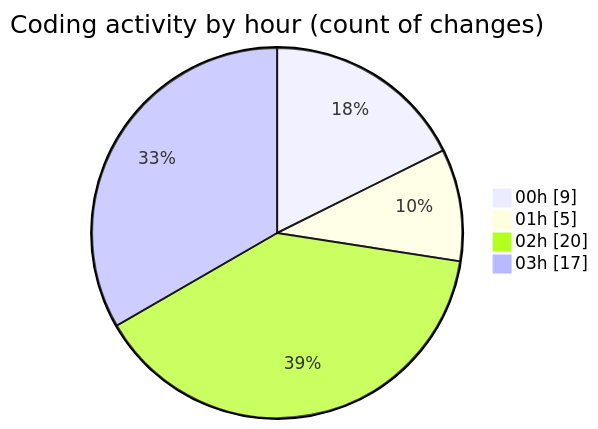
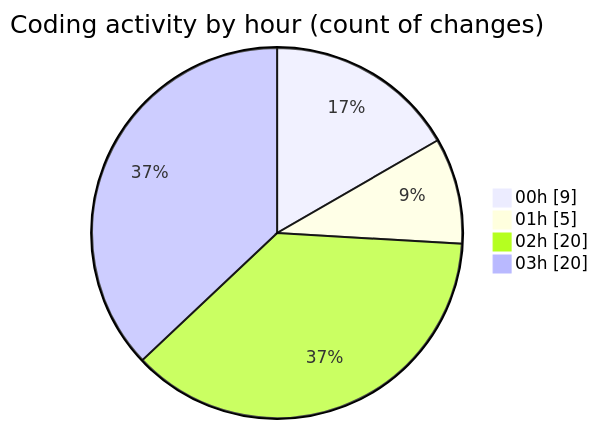
The second of 2 diagrams in 2025-08-05/studybuddy/README.md (lephambinh05/code-tracking), drawn with Mermaid before and after one commit. The commit also changed other lines of this file and 1 other file, not shown here.

````diff
--- a/2025-08-05/studybuddy/README.md
+++ b/2025-08-05/studybuddy/README.md
@@ -46,8 +48,8 @@
 ```mermaid
 pie showData
 title Coding activity by hour (count of changes)
 "00h" : 9
 "01h" : 5
 "02h" : 20
-"03h" : 17
+"03h" : 20
 ```
````
